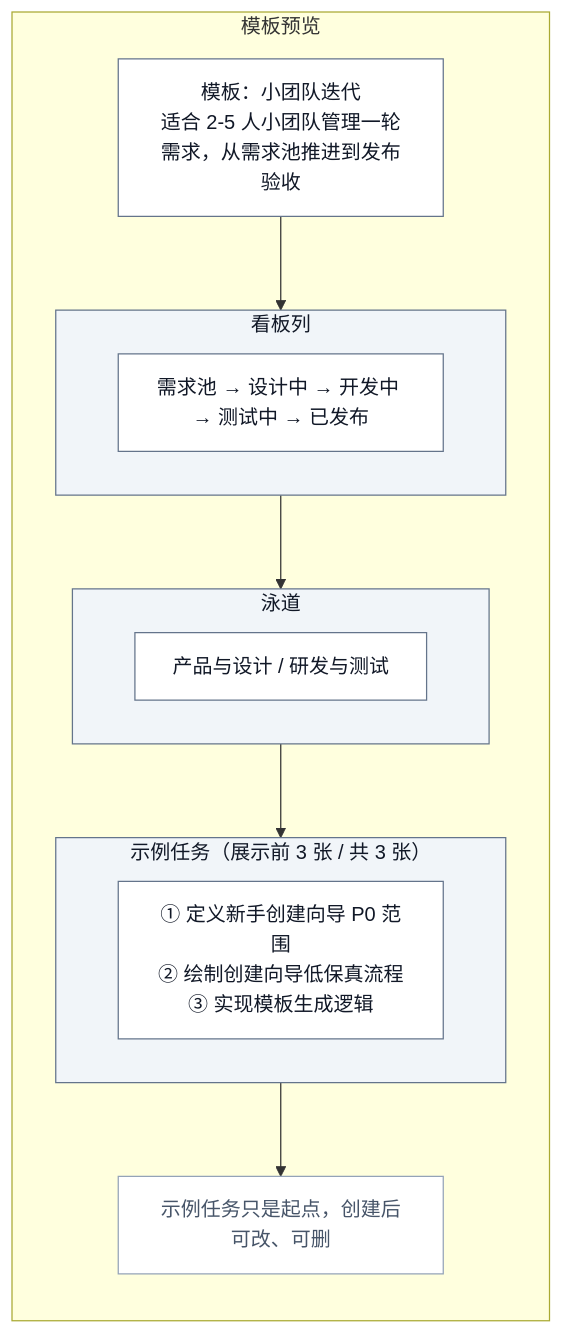
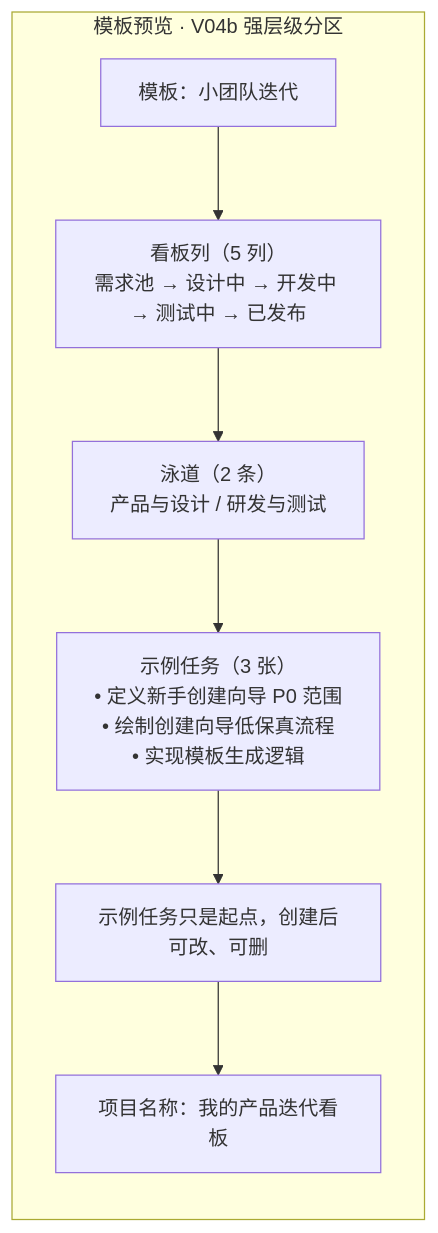
One commit to tangtongqing/kanboard-onboarding-optimization changed the fourth of 10 diagrams in docs/05-validation/低保真对照测试资产-PD-010C.md. Above: the diagram before and after it, drawn with Mermaid. The commit also changed other lines of this file and 146 other files, not shown here.

````diff
--- a/docs/05-validation/低保真对照测试资产-PD-010C.md
+++ b/docs/05-validation/低保真对照测试资产-PD-010C.md
@@ -190,27 +194,13 @@
 ```mermaid
 flowchart TB
-    subgraph T04_PREV["模板预览"]
+    subgraph PREV_B["模板预览 · V04b 强层级分区"]
         direction TB
-        T04_TITLE["模板：小团队迭代<br/>适合 2-5 人小团队管理一轮需求，从需求池推进到发布验收"]
-        subgraph T04_COL_SEC["看板列"]
-            T04_COLS["需求池 → 设计中 → 开发中 → 测试中 → 已发布"]
-        end
-        subgraph T04_LANE_SEC["泳道"]
-            T04_LANES["产品与设计 / 研发与测试"]
-        end
-        subgraph T04_CARD_SEC["示例任务（展示前 3 张 / 共 3 张）"]
-            T04_CARDS["① 定义新手创建向导 P0 范围<br/>② 绘制创建向导低保真流程<br/>③ 实现模板生成逻辑"]
-        end
-        T04_HINT["示例任务只是起点，创建后可改、可删"]
+        TITLE_B["模板：小团队迭代"]
+        SEC1_B["看板列（5 列）<br/>需求池 → 设计中 → 开发中 → 测试中 → 已发布"]
+        SEC2_B["泳道（2 条）<br/>产品与设计 / 研发与测试"]
+        SEC3_B["示例任务（3 张）<br/>• 定义新手创建向导 P0 范围<br/>• 绘制创建向导低保真流程<br/>• 实现模板生成逻辑"]
+        HINT_B["示例任务只是起点，创建后可改、可删"]
+        NAME_B["项目名称：我的产品迭代看板"]
+        TITLE_B --> SEC1_B --> SEC2_B --> SEC3_B --> HINT_B --> NAME_B
     end
-
-    T04_TITLE --> T04_COL_SEC --> T04_LANE_SEC --> T04_CARD_SEC --> T04_HINT
-
-    classDef content fill:#ffffff,stroke:#64748b,color:#111827;
-    classDef section fill:#f1f5f9,stroke:#64748b,color:#111827;
-    classDef muted fill:#ffffff,stroke:#94a3b8,color:#475569;
-    class T04_TITLE content;
-    class T04_COL_SEC,T04_LANE_SEC,T04_CARD_SEC section;
-    class T04_COLS,T04_LANES,T04_CARDS content;
-    class T04_HINT muted;
 ```
````
